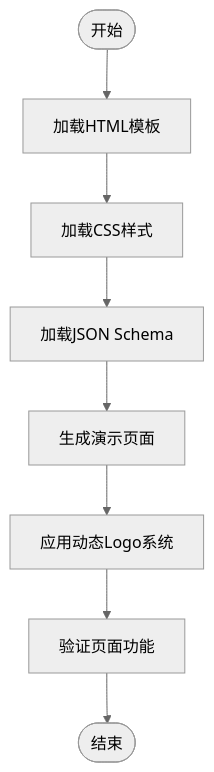
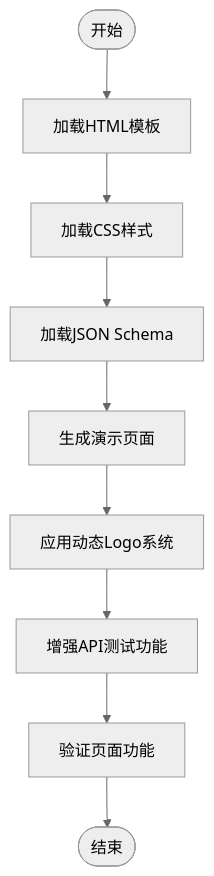
One commit to esa-sp/test-for-aone-ci changed diagram 11 of 12 in .qoder/repowiki/zh/content/后端框架测试/Express框架测试.md. Above: the diagram before and after it, drawn with Mermaid (neutral theme). The commit also changed other lines of this file and 39 other files, not shown here.

````diff
--- a/.qoder/repowiki/zh/content/后端框架测试/Express框架测试.md
+++ b/.qoder/repowiki/zh/content/后端框架测试/Express框架测试.md
@@ -521,10 +596,11 @@
 ```mermaid
 flowchart TD
 Start(["开始"]) --> LoadTemplate["加载HTML模板"]
 LoadTemplate --> LoadStyles["加载CSS样式"]
 LoadStyles --> LoadSchema["加载JSON Schema"]
 LoadSchema --> GeneratePage["生成演示页面"]
 GeneratePage --> DynamicLogo["应用动态Logo系统"]
-DynamicLogo --> ValidatePage["验证页面功能"]
+DynamicLogo --> EnhancedTesting["增强API测试功能"]
+EnhancedTesting --> ValidatePage["验证页面功能"]
 ValidatePage --> End(["结束"])
 ```
````
